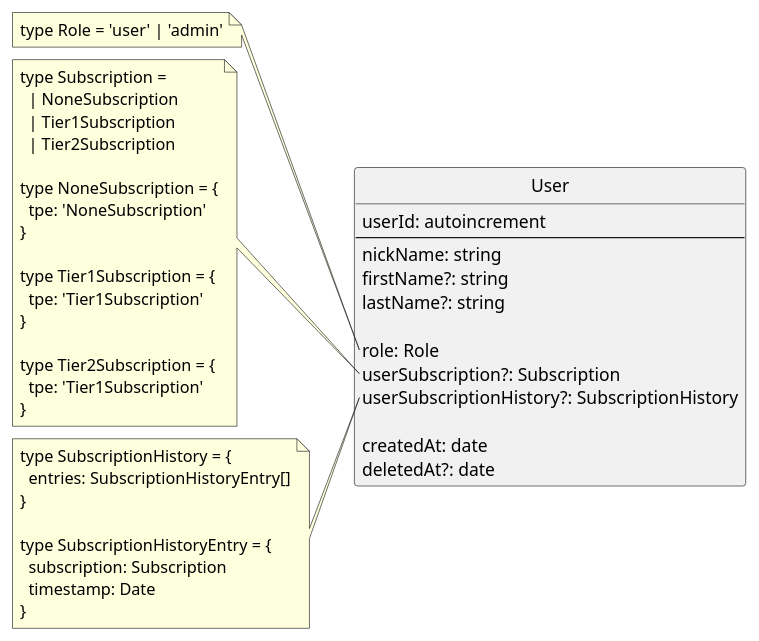
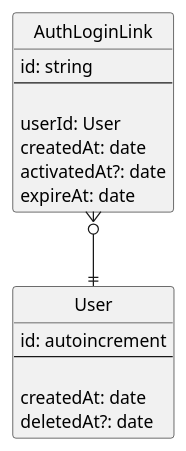
Before and after one commit to AlekseyBabich/support-chat: the diagram in doc/domain/domain.plantuml, drawn with PlantUML.

Commit message:
feat: update domain model

```diff
--- a/doc/domain/domain.plantuml
+++ b/doc/domain/domain.plantuml
@@ -1,57 +1,27 @@
 @startuml
 
 ' hide "E" circle
 hide circle
 
 ' straight arrows
 ' skinparam linetype ortho
 entity User {
-  userId: autoincrement
+  id: autoincrement
   --
-  nickName: string
-  firstName?: string
-  lastName?: string
-
-  role: Role
-  userSubscription?: Subscription
-  userSubscriptionHistory?: SubscriptionHistory
 
   createdAt: date
   deletedAt?: date
 }
 
-note left of User::role
-  type Role = 'user' | 'admin'
-end note
+entity AuthLoginLink {
+  id: string
+  --
 
-note left of User::userSubscription
-  type Subscription =
-    | NoneSubscription
-    | Tier1Subscription
-    | Tier2Subscription
-
-  type NoneSubscription = {
-    tpe: 'NoneSubscription'
-  }
-
-  type Tier1Subscription = {
-    tpe: 'Tier1Subscription'
-  }
-
-  type Tier2Subscription = {
-    tpe: 'Tier1Subscription'
-  }
-end note
-
-note left of User::userSubscriptionHistory
-  type SubscriptionHistory = {
-    entries: SubscriptionHistoryEntry[]
-  }
-
-  type SubscriptionHistoryEntry = {
-    subscription: Subscription
-    timestamp: Date
-  }
-end note
+  userId: User
+  createdAt: date
+  activatedAt?: date
+  expireAt: date
+}
+AuthLoginLink }o--|| User
 
 @enduml
```
